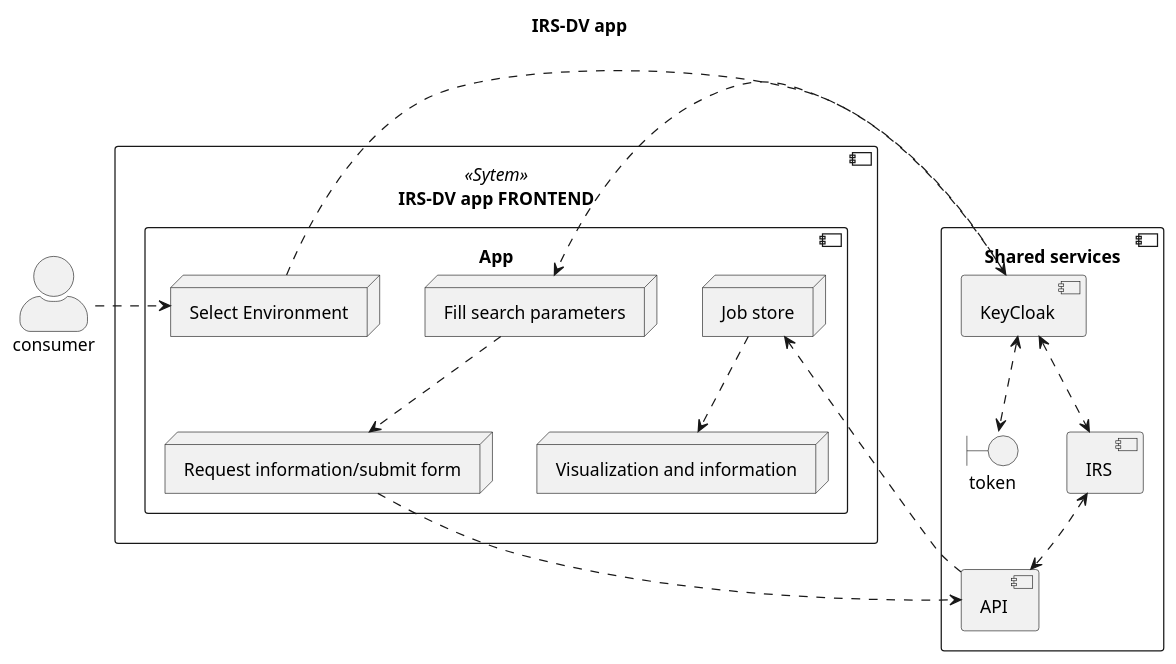
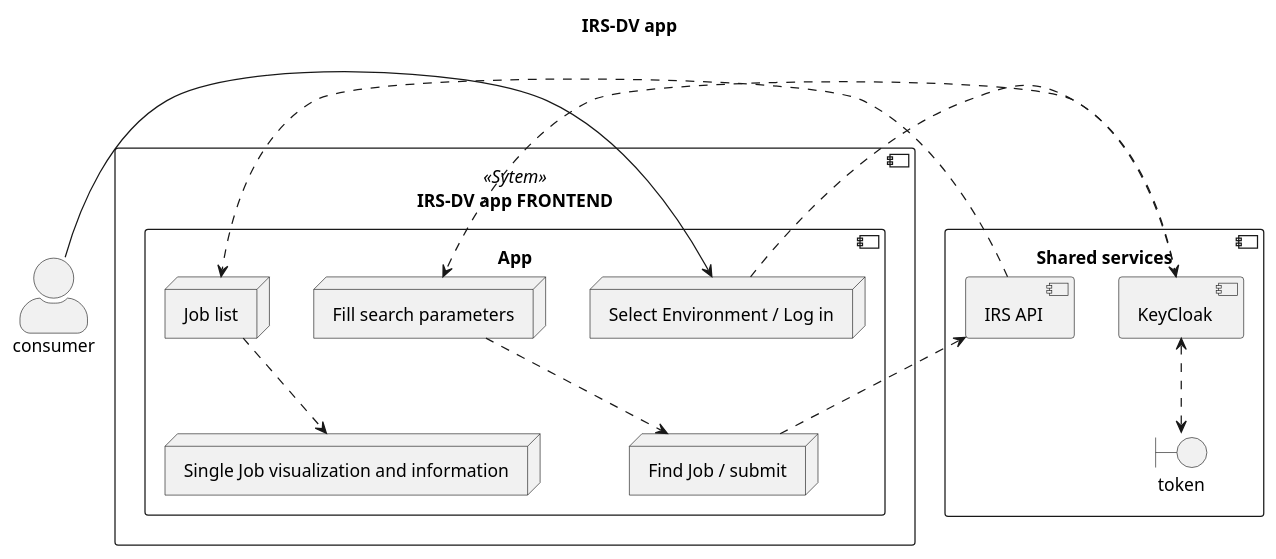
Before and after one commit to zlalvani/product-item-relationship-service-frontend: the diagram in docs/puml-diagrams/whitebox-overview.puml, drawn with PlantUML. The commit also changed 8 other files, not shown here.

Commit message:
docs: update docs, graphs

```diff
--- a/docs/puml-diagrams/whitebox-overview.puml
+++ b/docs/puml-diagrams/whitebox-overview.puml
@@ -1,44 +1,34 @@
 @startuml
 title: IRS-DV app
 skinparam actorStyle awesome
 actor consumer as user
 
+component "Shared services" {
+component "KeyCloak" as keycloak
+boundary "token" as token
+component "IRS API" as api
+}
 
 component "IRS-DV app FRONTEND" as irsdv <<Sytem>> {
 
 component App as mainPage {
-
 node "Fill search parameters" as parameters 
-node "Select Environment" as env
-node "Request information/submit form" as button
-node "Visualization and information" as visual
-node "Job store" as store
-
+node "Select Environment / Log in" as env
+node "Find Job / submit" as button
+node "Single Job visualization and information" as visual
+node "Job list" as list
 } 
 }
 
 
-component "Shared services" {
-component "KeyCloak" as keycloak
-boundary "token" as token
-component "IRS" as irs
-component "API" as api
-}
-
-
-
-user .> env
+user -> env
 env .> keycloak
 keycloak <..> token
-keycloak <..> irs
 keycloak .> parameters
-
-irs <..> api
 
 parameters ..> button
 button ..> api
-api .> store
-
-store ..> visual
+api ..> list
+list ..> visual
 
 @enduml
```
